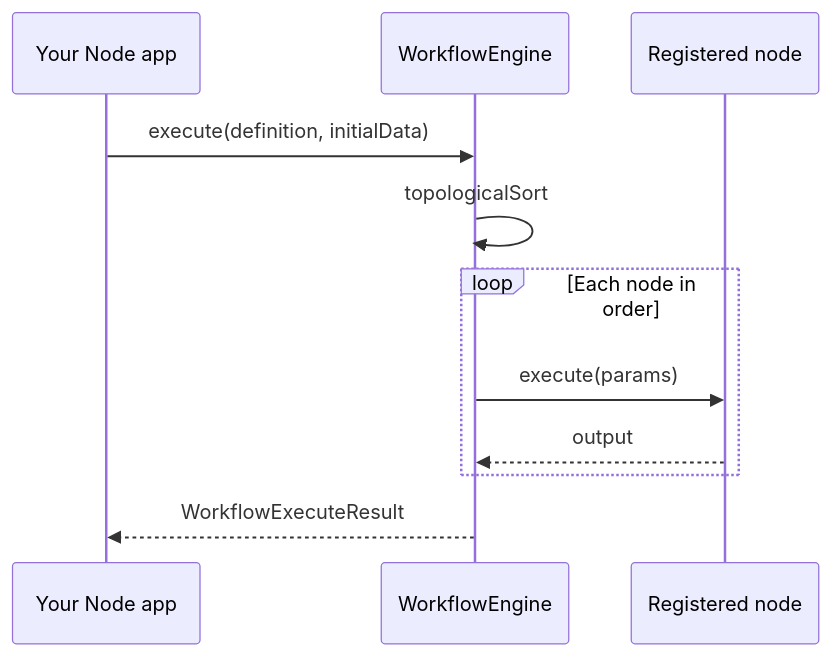
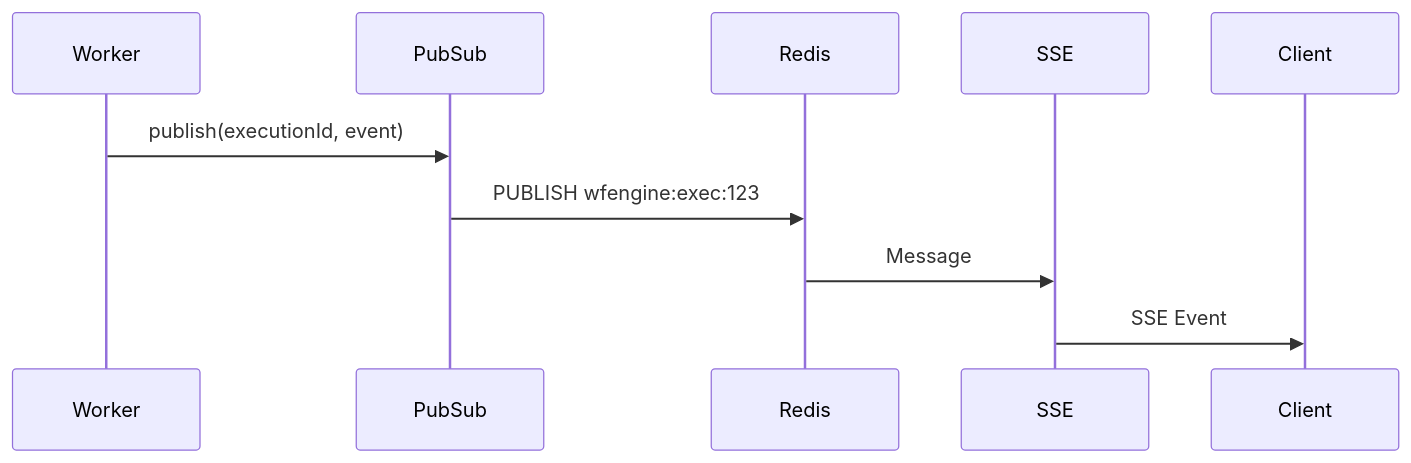
One commit to Achalkumar97/wfengine changed the fifth of 7 diagrams in docs/ARCHITECTURE.md. Above: the diagram before and after it, drawn with Mermaid. The commit also changed other lines of this file and 70 other files, not shown here.

Commit message:
refactor: architecture and core restructure

````diff
--- a/docs/ARCHITECTURE.md
+++ b/docs/ARCHITECTURE.md
@@ -64,14 +408,13 @@
 ```mermaid
 sequenceDiagram
-  participant App as Your Node app
-  participant Eng as WorkflowEngine
-  participant Node as Registered node
+    participant Worker
+    participant PubSub
+    participant Redis
+    participant SSE
+    participant Client
 
-  App->>Eng: execute(definition, initialData)
-  Eng->>Eng: topologicalSort
-  loop Each node in order
-    Eng->>Node: execute(params)
-    Node-->>Eng: output
-  end
-  Eng-->>App: WorkflowExecuteResult
+    Worker->>PubSub: publish(executionId, event)
+    PubSub->>Redis: PUBLISH wfengine:exec:123
+    Redis->>SSE: Message
+    SSE->>Client: SSE Event
 ```
````
